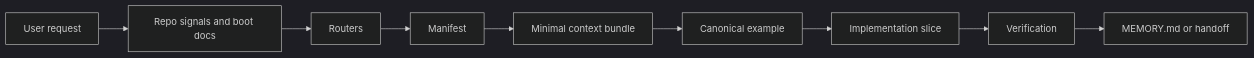
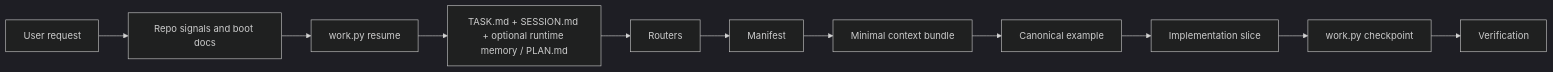
One commit to someflydev/agent-context-base changed the first of 4 diagrams in docs/architecture-mental-model.md. Above: the diagram before and after it, drawn with Mermaid (dark theme). The commit also changed other lines of this file and 9 other files, not shown here.

````diff
--- a/docs/architecture-mental-model.md
+++ b/docs/architecture-mental-model.md
@@ -7,11 +7,13 @@
 ```mermaid
 flowchart LR
     A[User request] --> B[Repo signals and boot docs]
-    B --> C[Routers]
-    C --> D[Manifest]
-    D --> E[Minimal context bundle]
-    E --> F[Canonical example]
-    F --> G[Implementation slice]
-    G --> H[Verification]
-    H --> I[MEMORY.md or handoff]
+    B --> C[work.py resume]
+    C --> D[TASK.md + SESSION.md + optional runtime memory / PLAN.md]
+    D --> E[Routers]
+    E --> F[Manifest]
+    F --> G[Minimal context bundle]
+    G --> H[Canonical example]
+    H --> I[Implementation slice]
+    I --> J[work.py checkpoint]
+    J --> K[Verification]
 ```
````
